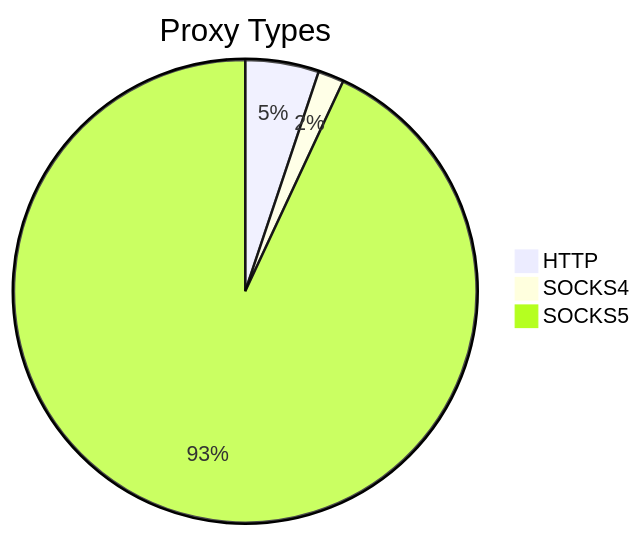
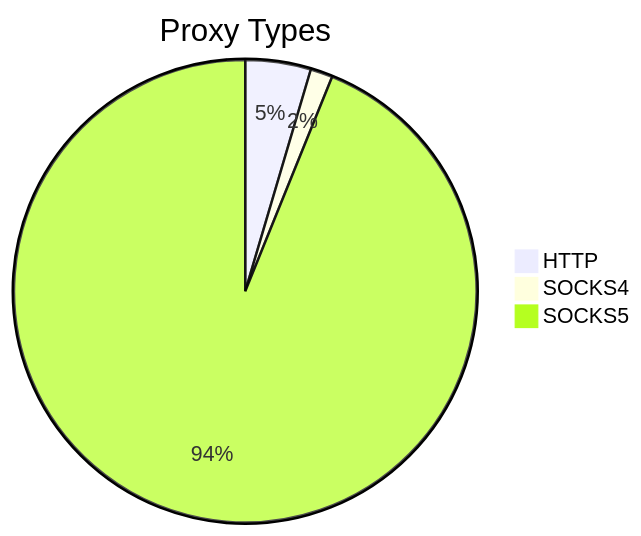
Before and after one commit to stormsia/proxy-list: the first of 2 diagrams in README.md, drawn with Mermaid. The commit also changed other lines of this file, not shown here.

````diff
--- a/README.md
+++ b/README.md
@@ -21,6 +21,6 @@
 ```mermaid
 pie title Proxy Types
-    "HTTP" : 77
-    "SOCKS4" : 27
-    "SOCKS5" : 1394
+    "HTTP" : 62
+    "SOCKS4" : 21
+    "SOCKS5" : 1272
 ```
````
